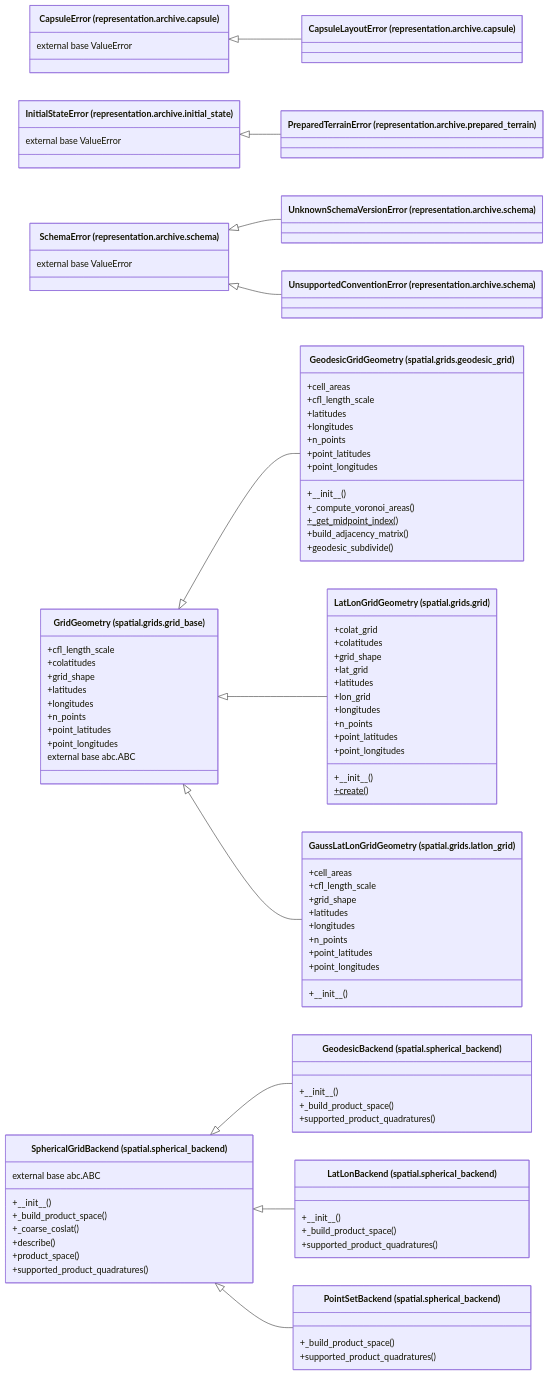
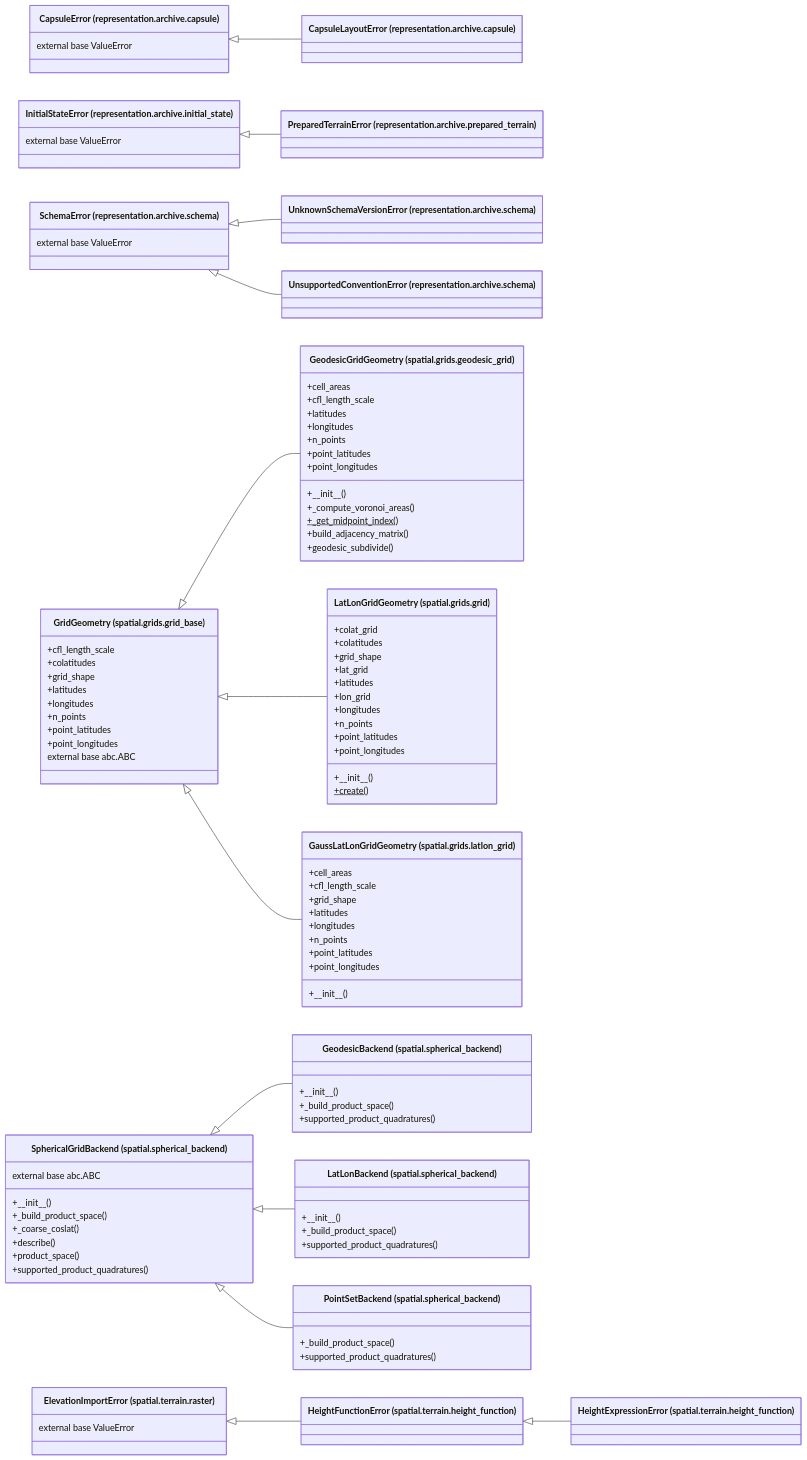
The diagram in docs/architecture/current/classes.mmd (AlexandreEros/Palintropos), drawn with Mermaid before and after one commit. The commit also changed 10 other files, not shown here.

Commit message:
docs(architecture): refresh the current snapshot for terrain height functions

```diff
--- a/docs/architecture/current/classes.mmd
+++ b/docs/architecture/current/classes.mmd
@@ -1,89 +1,95 @@
 %% Generated by tools.architecture 1.0.0. Do not edit by hand.
 %% Classes that take part in an inheritance edge between analysed classes, with the functions defined in each class body.
 classDiagram
     direction LR
     class c_tropoi_orepresentation_oarchive_ocapsule_oCapsuleError["CapsuleError (representation.archive.capsule)"]
     c_tropoi_orepresentation_oarchive_ocapsule_oCapsuleError : external base ValueError
     class c_tropoi_orepresentation_oarchive_ocapsule_oCapsuleLayoutError["CapsuleLayoutError (representation.archive.capsule)"]
     class c_tropoi_orepresentation_oarchive_oinitial__state_oInitialStateError["InitialStateError (representation.archive.initial_state)"]
     c_tropoi_orepresentation_oarchive_oinitial__state_oInitialStateError : external base ValueError
     class c_tropoi_orepresentation_oarchive_oprepared__terrain_oPreparedTerrainError["PreparedTerrainError (representation.archive.prepared_terrain)"]
     class c_tropoi_orepresentation_oarchive_oschema_oSchemaError["SchemaError (representation.archive.schema)"]
     c_tropoi_orepresentation_oarchive_oschema_oSchemaError : external base ValueError
     class c_tropoi_orepresentation_oarchive_oschema_oUnknownSchemaVersionError["UnknownSchemaVersionError (representation.archive.schema)"]
     class c_tropoi_orepresentation_oarchive_oschema_oUnsupportedConventionError["UnsupportedConventionError (representation.archive.schema)"]
     class c_tropoi_ospatial_ogrids_ogeodesic__grid_oGeodesicGridGeometry["GeodesicGridGeometry (spatial.grids.geodesic_grid)"]
     c_tropoi_ospatial_ogrids_ogeodesic__grid_oGeodesicGridGeometry : +#95;#95;init#95;#95;()
     c_tropoi_ospatial_ogrids_ogeodesic__grid_oGeodesicGridGeometry : +#95;compute#95;voronoi#95;areas()
     c_tropoi_ospatial_ogrids_ogeodesic__grid_oGeodesicGridGeometry : +#95;get#95;midpoint#95;index()$
     c_tropoi_ospatial_ogrids_ogeodesic__grid_oGeodesicGridGeometry : +build#95;adjacency#95;matrix()
     c_tropoi_ospatial_ogrids_ogeodesic__grid_oGeodesicGridGeometry : +cell#95;areas
     c_tropoi_ospatial_ogrids_ogeodesic__grid_oGeodesicGridGeometry : +cfl#95;length#95;scale
     c_tropoi_ospatial_ogrids_ogeodesic__grid_oGeodesicGridGeometry : +geodesic#95;subdivide()
     c_tropoi_ospatial_ogrids_ogeodesic__grid_oGeodesicGridGeometry : +latitudes
     c_tropoi_ospatial_ogrids_ogeodesic__grid_oGeodesicGridGeometry : +longitudes
     c_tropoi_ospatial_ogrids_ogeodesic__grid_oGeodesicGridGeometry : +n#95;points
     c_tropoi_ospatial_ogrids_ogeodesic__grid_oGeodesicGridGeometry : +point#95;latitudes
     c_tropoi_ospatial_ogrids_ogeodesic__grid_oGeodesicGridGeometry : +point#95;longitudes
     class c_tropoi_ospatial_ogrids_ogrid_oLatLonGridGeometry["LatLonGridGeometry (spatial.grids.grid)"]
     c_tropoi_ospatial_ogrids_ogrid_oLatLonGridGeometry : +#95;#95;init#95;#95;()
     c_tropoi_ospatial_ogrids_ogrid_oLatLonGridGeometry : +colat#95;grid
     c_tropoi_ospatial_ogrids_ogrid_oLatLonGridGeometry : +colatitudes
     c_tropoi_ospatial_ogrids_ogrid_oLatLonGridGeometry : +create()$
     c_tropoi_ospatial_ogrids_ogrid_oLatLonGridGeometry : +grid#95;shape
     c_tropoi_ospatial_ogrids_ogrid_oLatLonGridGeometry : +lat#95;grid
     c_tropoi_ospatial_ogrids_ogrid_oLatLonGridGeometry : +latitudes
     c_tropoi_ospatial_ogrids_ogrid_oLatLonGridGeometry : +lon#95;grid
     c_tropoi_ospatial_ogrids_ogrid_oLatLonGridGeometry : +longitudes
     c_tropoi_ospatial_ogrids_ogrid_oLatLonGridGeometry : +n#95;points
     c_tropoi_ospatial_ogrids_ogrid_oLatLonGridGeometry : +point#95;latitudes
     c_tropoi_ospatial_ogrids_ogrid_oLatLonGridGeometry : +point#95;longitudes
     class c_tropoi_ospatial_ogrids_ogrid__base_oGridGeometry["GridGeometry (spatial.grids.grid_base)"]
     c_tropoi_ospatial_ogrids_ogrid__base_oGridGeometry : +cfl#95;length#95;scale
     c_tropoi_ospatial_ogrids_ogrid__base_oGridGeometry : +colatitudes
     c_tropoi_ospatial_ogrids_ogrid__base_oGridGeometry : +grid#95;shape
     c_tropoi_ospatial_ogrids_ogrid__base_oGridGeometry : +latitudes
     c_tropoi_ospatial_ogrids_ogrid__base_oGridGeometry : +longitudes
     c_tropoi_ospatial_ogrids_ogrid__base_oGridGeometry : +n#95;points
     c_tropoi_ospatial_ogrids_ogrid__base_oGridGeometry : +point#95;latitudes
     c_tropoi_ospatial_ogrids_ogrid__base_oGridGeometry : +point#95;longitudes
     c_tropoi_ospatial_ogrids_ogrid__base_oGridGeometry : external base abc.ABC
     class c_tropoi_ospatial_ogrids_olatlon__grid_oGaussLatLonGridGeometry["GaussLatLonGridGeometry (spatial.grids.latlon_grid)"]
     c_tropoi_ospatial_ogrids_olatlon__grid_oGaussLatLonGridGeometry : +#95;#95;init#95;#95;()
     c_tropoi_ospatial_ogrids_olatlon__grid_oGaussLatLonGridGeometry : +cell#95;areas
     c_tropoi_ospatial_ogrids_olatlon__grid_oGaussLatLonGridGeometry : +cfl#95;length#95;scale
     c_tropoi_ospatial_ogrids_olatlon__grid_oGaussLatLonGridGeometry : +grid#95;shape
     c_tropoi_ospatial_ogrids_olatlon__grid_oGaussLatLonGridGeometry : +latitudes
     c_tropoi_ospatial_ogrids_olatlon__grid_oGaussLatLonGridGeometry : +longitudes
     c_tropoi_ospatial_ogrids_olatlon__grid_oGaussLatLonGridGeometry : +n#95;points
     c_tropoi_ospatial_ogrids_olatlon__grid_oGaussLatLonGridGeometry : +point#95;latitudes
     c_tropoi_ospatial_ogrids_olatlon__grid_oGaussLatLonGridGeometry : +point#95;longitudes
     class c_tropoi_ospatial_ospherical__backend_oGeodesicBackend["GeodesicBackend (spatial.spherical_backend)"]
     c_tropoi_ospatial_ospherical__backend_oGeodesicBackend : +#95;#95;init#95;#95;()
     c_tropoi_ospatial_ospherical__backend_oGeodesicBackend : +#95;build#95;product#95;space()
     c_tropoi_ospatial_ospherical__backend_oGeodesicBackend : +supported#95;product#95;quadratures()
     class c_tropoi_ospatial_ospherical__backend_oLatLonBackend["LatLonBackend (spatial.spherical_backend)"]
     c_tropoi_ospatial_ospherical__backend_oLatLonBackend : +#95;#95;init#95;#95;()
     c_tropoi_ospatial_ospherical__backend_oLatLonBackend : +#95;build#95;product#95;space()
     c_tropoi_ospatial_ospherical__backend_oLatLonBackend : +supported#95;product#95;quadratures()
     class c_tropoi_ospatial_ospherical__backend_oPointSetBackend["PointSetBackend (spatial.spherical_backend)"]
     c_tropoi_ospatial_ospherical__backend_oPointSetBackend : +#95;build#95;product#95;space()
     c_tropoi_ospatial_ospherical__backend_oPointSetBackend : +supported#95;product#95;quadratures()
     class c_tropoi_ospatial_ospherical__backend_oSphericalGridBackend["SphericalGridBackend (spatial.spherical_backend)"]
     c_tropoi_ospatial_ospherical__backend_oSphericalGridBackend : +#95;#95;init#95;#95;()
     c_tropoi_ospatial_ospherical__backend_oSphericalGridBackend : +#95;build#95;product#95;space()
     c_tropoi_ospatial_ospherical__backend_oSphericalGridBackend : +#95;coarse#95;coslat()
     c_tropoi_ospatial_ospherical__backend_oSphericalGridBackend : +describe()
     c_tropoi_ospatial_ospherical__backend_oSphericalGridBackend : +product#95;space()
     c_tropoi_ospatial_ospherical__backend_oSphericalGridBackend : +supported#95;product#95;quadratures()
     c_tropoi_ospatial_ospherical__backend_oSphericalGridBackend : external base abc.ABC
+    class c_tropoi_ospatial_oterrain_oheight__function_oHeightExpressionError["HeightExpressionError (spatial.terrain.height_function)"]
+    class c_tropoi_ospatial_oterrain_oheight__function_oHeightFunctionError["HeightFunctionError (spatial.terrain.height_function)"]
+    class c_tropoi_ospatial_oterrain_oraster_oElevationImportError["ElevationImportError (spatial.terrain.raster)"]
+    c_tropoi_ospatial_oterrain_oraster_oElevationImportError : external base ValueError
     c_tropoi_orepresentation_oarchive_ocapsule_oCapsuleError <|-- c_tropoi_orepresentation_oarchive_ocapsule_oCapsuleLayoutError
     c_tropoi_orepresentation_oarchive_oinitial__state_oInitialStateError <|-- c_tropoi_orepresentation_oarchive_oprepared__terrain_oPreparedTerrainError
     c_tropoi_orepresentation_oarchive_oschema_oSchemaError <|-- c_tropoi_orepresentation_oarchive_oschema_oUnknownSchemaVersionError
     c_tropoi_orepresentation_oarchive_oschema_oSchemaError <|-- c_tropoi_orepresentation_oarchive_oschema_oUnsupportedConventionError
     c_tropoi_ospatial_ogrids_ogrid__base_oGridGeometry <|-- c_tropoi_ospatial_ogrids_ogeodesic__grid_oGeodesicGridGeometry
     c_tropoi_ospatial_ogrids_ogrid__base_oGridGeometry <|-- c_tropoi_ospatial_ogrids_ogrid_oLatLonGridGeometry
     c_tropoi_ospatial_ogrids_ogrid__base_oGridGeometry <|-- c_tropoi_ospatial_ogrids_olatlon__grid_oGaussLatLonGridGeometry
     c_tropoi_ospatial_ospherical__backend_oSphericalGridBackend <|-- c_tropoi_ospatial_ospherical__backend_oGeodesicBackend
     c_tropoi_ospatial_ospherical__backend_oSphericalGridBackend <|-- c_tropoi_ospatial_ospherical__backend_oLatLonBackend
     c_tropoi_ospatial_ospherical__backend_oSphericalGridBackend <|-- c_tropoi_ospatial_ospherical__backend_oPointSetBackend
+    c_tropoi_ospatial_oterrain_oheight__function_oHeightFunctionError <|-- c_tropoi_ospatial_oterrain_oheight__function_oHeightExpressionError
+    c_tropoi_ospatial_oterrain_oraster_oElevationImportError <|-- c_tropoi_ospatial_oterrain_oheight__function_oHeightFunctionError
```
